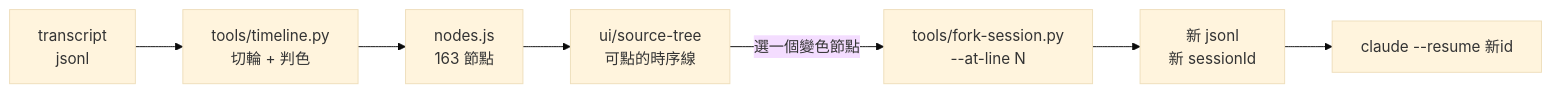
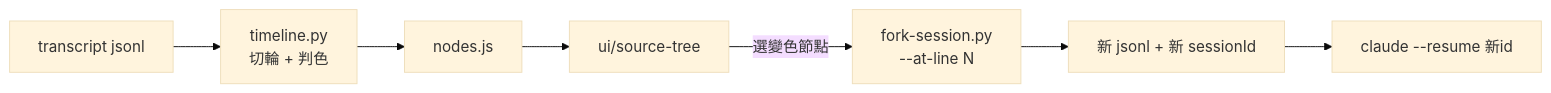
One commit to norika1207-lab/Forseti-Agent-Runtime changed the sixth of 7 diagrams in docs/SYSTEM_ARCHITECTURE_2026-09-11.md. Above: the diagram before and after it, drawn with Mermaid (base theme). The commit also changed other lines of this file and 2 other files, not shown here.

````diff
--- a/docs/SYSTEM_ARCHITECTURE_2026-09-11.md
+++ b/docs/SYSTEM_ARCHITECTURE_2026-09-11.md
@@ -275,9 +371,9 @@
 ```mermaid
 flowchart LR
-    A["transcript<br/>jsonl"] --> B["tools/timeline.py<br/>切輪 + 判色"]
-    B --> C["nodes.js<br/>163 節點"]
-    C --> D["ui/source-tree<br/>可點的時序線"]
-    D -->|"選一個變色節點"| E["tools/fork-session.py<br/>--at-line N"]
-    E --> F["新 jsonl<br/>新 sessionId"]
+    A["transcript jsonl"] --> B["timeline.py<br/>切輪 + 判色"]
+    B --> C["nodes.js"]
+    C --> D["ui/source-tree"]
+    D -->|"選變色節點"| E["fork-session.py<br/>--at-line N"]
+    E --> F["新 jsonl + 新 sessionId"]
     F --> G["claude --resume 新id"]
 ```
````
